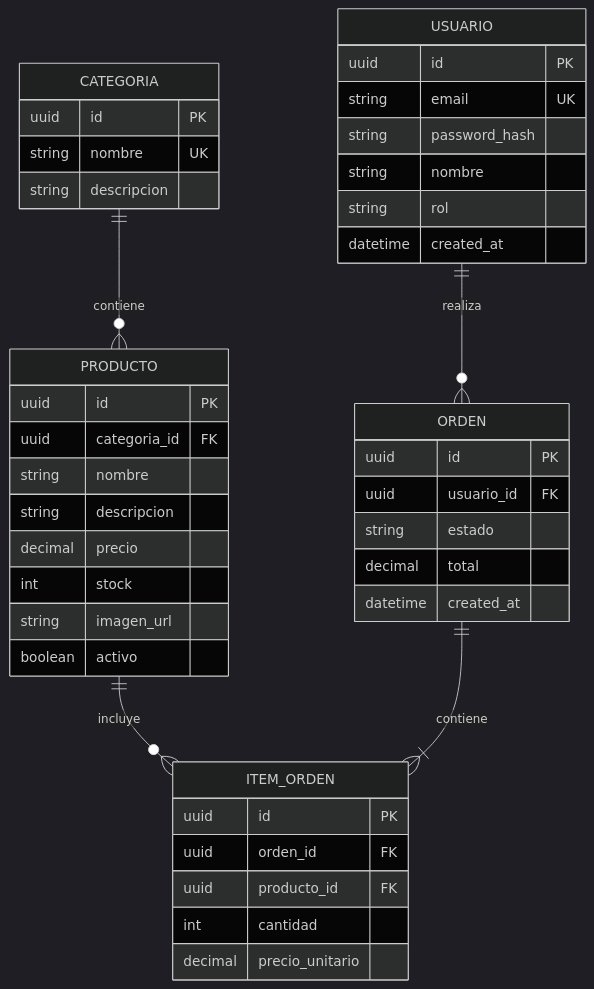
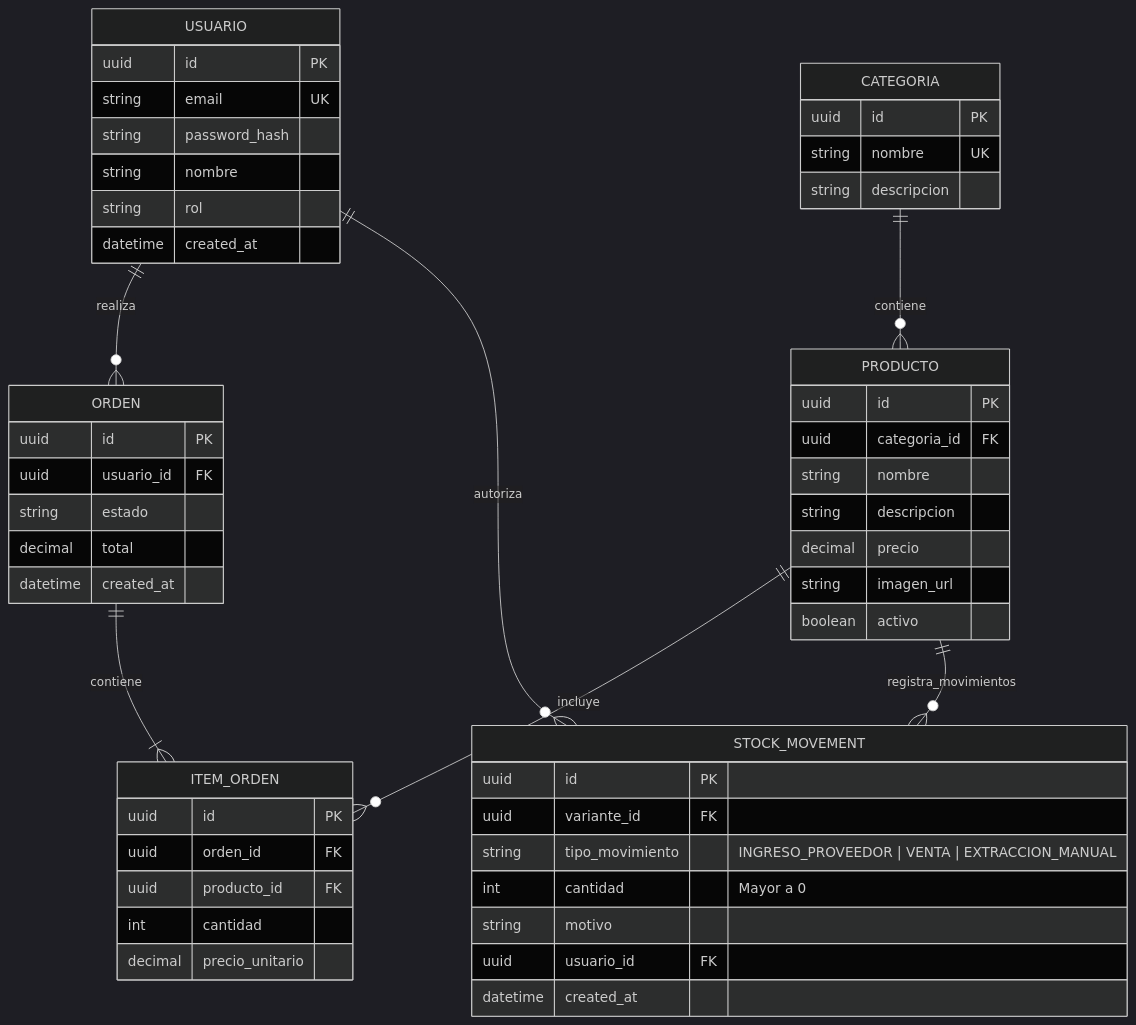
The second of 2 diagrams in documentacion/diagramas/README.md (yisusok/taller-de-integraci-n-2026), drawn with Mermaid (dark theme) before and after one commit. The commit also changed other lines of this file and 16 other files, not shown here.

Commit message:
feat: implement stock movement ledger module and associated documentation

````diff
--- a/documentacion/diagramas/README.md
+++ b/documentacion/diagramas/README.md
@@ -25,48 +25,59 @@
 ```mermaid
 erDiagram
     USUARIO ||--o{ ORDEN : realiza
     USUARIO {
         uuid id PK
         string email UK
         string password_hash
         string nombre
         string rol
         datetime created_at
     }
 
     CATEGORIA ||--o{ PRODUCTO : contiene
     CATEGORIA {
         uuid id PK
         string nombre UK
         string descripcion
     }
 
     PRODUCTO ||--o{ ITEM_ORDEN : incluye
+    PRODUCTO ||--o{ STOCK_MOVEMENT : registra_movimientos
     PRODUCTO {
         uuid id PK
         uuid categoria_id FK
         string nombre
         string descripcion
         decimal precio
-        int stock
         string imagen_url
         boolean activo
     }
 
+    STOCK_MOVEMENT {
+        uuid id PK
+        uuid variante_id FK
+        string tipo_movimiento "INGRESO_PROVEEDOR | VENTA | EXTRACCION_MANUAL"
+        int cantidad "Mayor a 0"
+        string motivo
+        uuid usuario_id FK
+        datetime created_at
+    }
+
+    USUARIO ||--o{ STOCK_MOVEMENT : autoriza
     ORDEN ||--|{ ITEM_ORDEN : contiene
     ORDEN {
         uuid id PK
         uuid usuario_id FK
         string estado
         decimal total
         datetime created_at
     }
 
     ITEM_ORDEN {
         uuid id PK
         uuid orden_id FK
         uuid producto_id FK
         int cantidad
         decimal precio_unitario
     }
 ```
````
